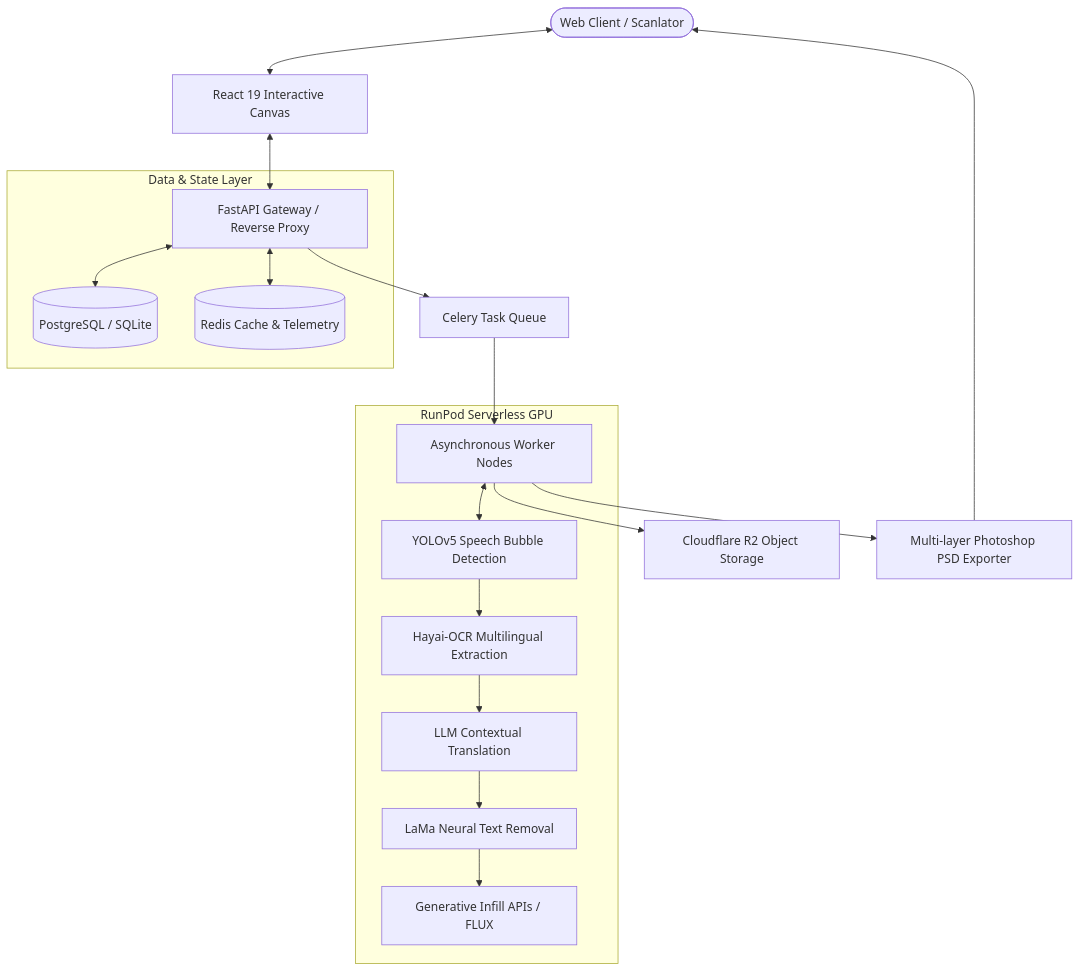
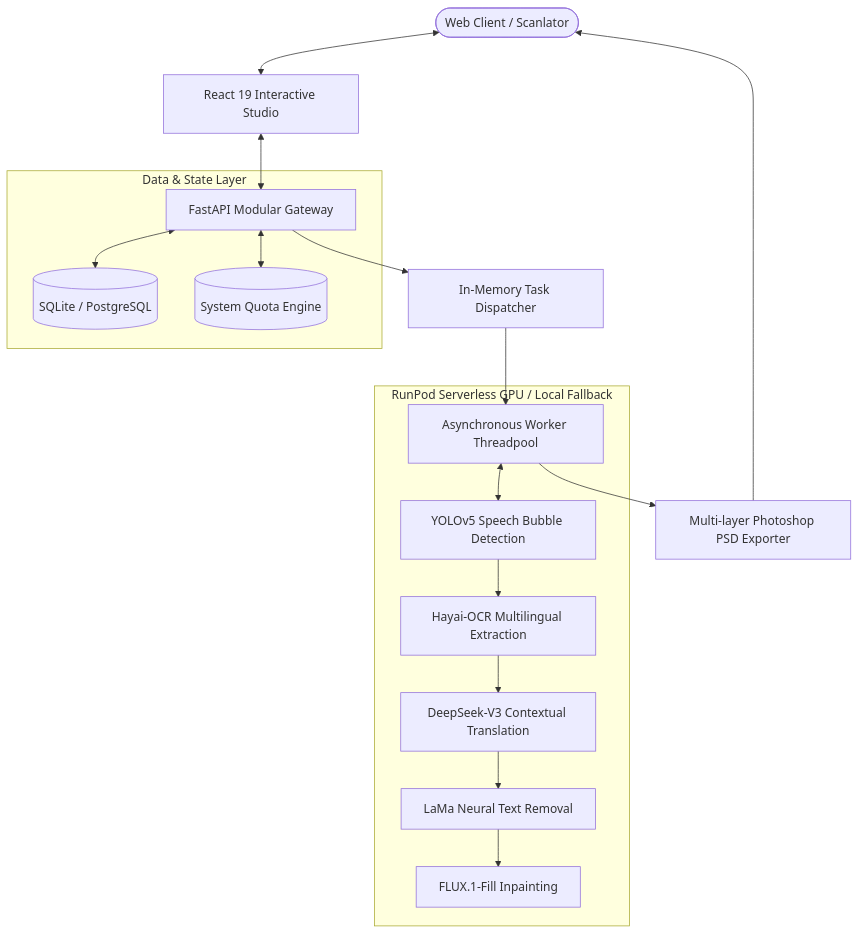
Before and after one commit to thuanDaoSE/ai-manga-translator-os: the diagram in README.md, drawn with Mermaid. The commit also changed other lines of this file and 19 other files, not shown here.

First line of the commit message:
refactor: apply clean code architecture to frontend components and backend routers

````diff
--- a/README.md
+++ b/README.md
@@ -42,25 +43,24 @@
 ```mermaid
 graph TD
-    Client([Web Client / Scanlator]) <--> UI[React 19 Interactive Canvas]
-    UI <--> Gateway[FastAPI Gateway / Reverse Proxy]
+    Client([Web Client / Scanlator]) <--> UI[React 19 Interactive Studio]
+    UI <--> Gateway[FastAPI Modular Gateway]
     
     subgraph Data & State Layer
-        Gateway <--> DB[(PostgreSQL / SQLite)]
-        Gateway <--> Cache[(Redis Cache & Telemetry)]
+        Gateway <--> DB[(SQLite / PostgreSQL)]
+        Gateway <--> Quota[(System Quota Engine)]
     end
     
-    Gateway --> Queue[Celery Task Queue]
-    Queue --> Worker[Asynchronous Worker Nodes]
+    Gateway --> TaskMgr[In-Memory Task Dispatcher]
+    TaskMgr --> Worker[Asynchronous Worker Threadpool]
     
-    subgraph Distributed AI Inference [RunPod Serverless GPU]
+    subgraph Distributed AI Inference [RunPod Serverless GPU / Local Fallback]
         Worker <--> CTD[YOLOv5 Speech Bubble Detection]
         CTD --> OCR[Hayai-OCR Multilingual Extraction]
-        OCR --> LLM[LLM Contextual Translation]
+        OCR --> LLM[DeepSeek-V3 Contextual Translation]
         LLM --> Inpaint[LaMa Neural Text Removal]
-        Inpaint --> VisionAPI[Generative Infill APIs / FLUX]
+        Inpaint --> VisionAPI[FLUX.1-Fill Inpainting]
     end
     
-    Worker --> Storage[Cloudflare R2 Object Storage]
     Worker --> PSDGen[Multi-layer Photoshop PSD Exporter]
     PSDGen --> Client
 ```
````
